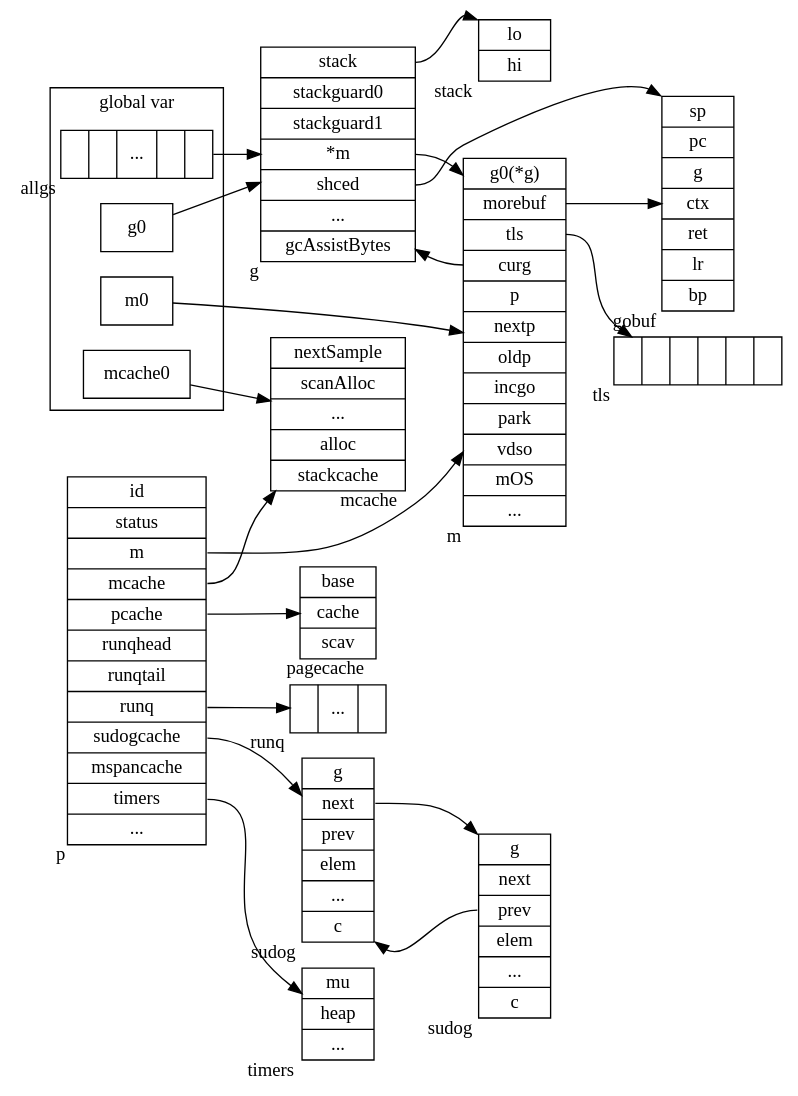
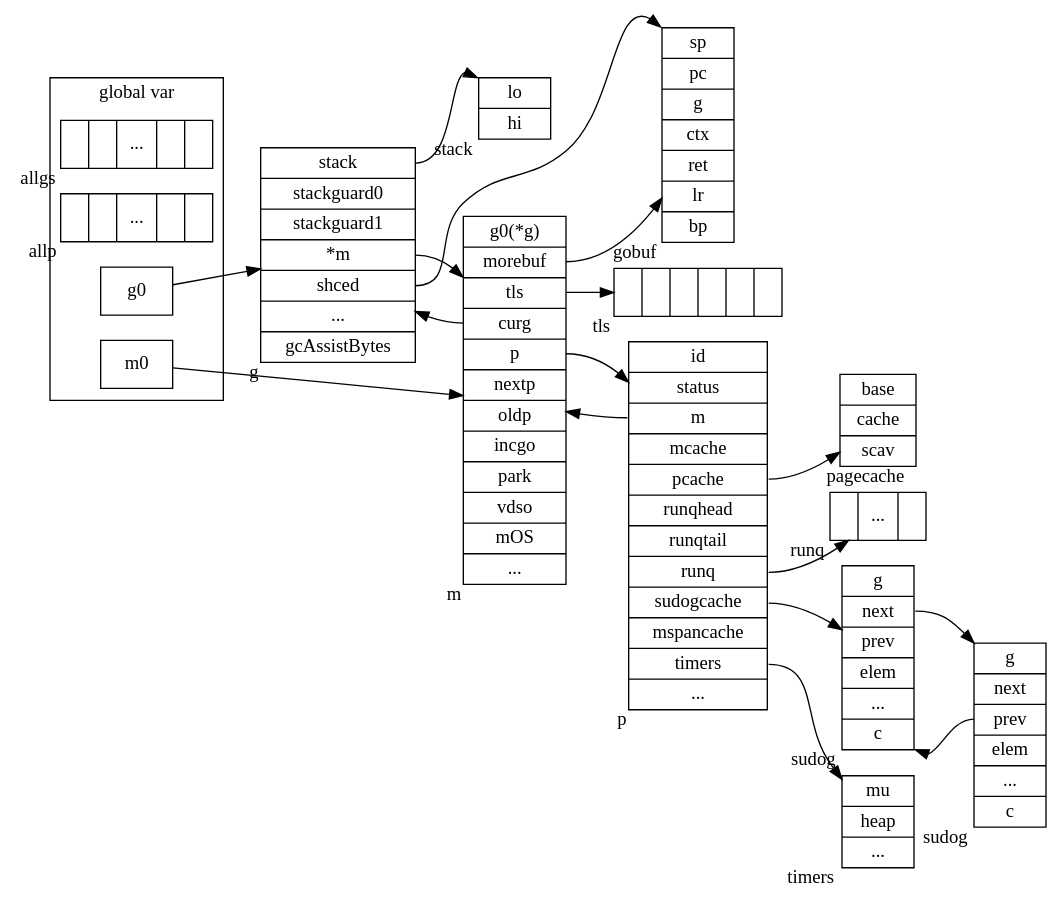
The diagram in golang/gmp.dot (Hanwn/dot), drawn with Graphviz before and after one commit.

Commit message:
wip: gmp

```diff
--- a/golang/gmp.dot
+++ b/golang/gmp.dot
@@ -1,62 +1,66 @@
 digraph g {
     node [shape=record]
     rankdir="LR"
     splines=true
 
-    allgs [label="{<f0>||||}", xlabel="allgs"]
+    # allgs [label="{<f0>||||}", xlabel="allgs"]
 
     g [label="<f0>stack|stackguard0|stackguard1|<m>*m|<f1>shced|...|gcAssistBytes", xlabel="g"]
     stack [label="lo|hi", xlabel="stack"]
     gobuf [label="sp|pc|g|ctx|ret|lr|bp", xlabel="gobuf"]
 
-    allgs -> g:w
+    # allgs -> g:w
     g:f0 -> stack:nw
     g:f1 -> gobuf:nw
 
 
-    m [label="<g>g0(*g)|<f0>morebuf|<f1>tls|<f2>curg|p|nextp|oldp|incgo|park|vdso|mOS|...", xlabel="m"]
+    m [label="<g>g0(*g)|<f0>morebuf|<f1>tls|<f2>curg|<p>p|nextp|oldp|incgo|park|vdso|mOS|...", xlabel="m"]
     tls [label="{|||||}", xlabel="tls"]
     m:f0 -> gobuf
     m:f1 -> tls
+    m:p -> p
 
     p [label="id|status|<m>m|<mcache>mcache|<pcache>pcache|runqhead|runqtail|<runq>runq|<sudog>sudogcache|mspancache|<timers>timers|...", xlabel="p"]
-    mcache [label="nextSample|scanAlloc|...|alloc|stackcache", xlabel="mcache"]
-    // mspan [label="next|prev|list|...", xlabel="mspan"]
+
+
+    # mcache [label="nextSample|scanAlloc|...|alloc|stackcache", xlabel="mcache"]
+    # mspan [label="next|prev|list|...", xlabel="mspan"]
     pcache [label="base|cache|scav", xlabel="pagecache"]
     runq [label="{|...|}", xlabel="runq"]
     sudog [label="g|<next>next|<prev>prev|elem|...|c", xlabel="sudog"]
     sudog1 [label="g|<next>next|<prev>prev|elem|...|c", xlabel="sudog"]
     sudog:next -> sudog1:nw
     sudog1:prev -> sudog:se
 
     timers [label="mu|heap|...", xlabel="timers"]
     p:timers -> timers
 
-    p:mcache -> mcache
+    # p:mcache -> mcache
     p:pcache -> pcache
     p:runq -> runq
     p:sudog -> sudog
 
 
 
     // memory [label="|||||||||||", xlabel="memory"]
 
 
     m:f2 -> g
     g:m -> m
     p:m -> m
 
     subgraph cluster_runtime_var {
         label = "global var"
         allgs [label="{<f0>||...||}", xlabel="allgs"]
+        allp [label="{||...||}", xlabel="allp"]
         m0 [label="m0"]
         g0 [label="g0"]
-        mcache0 [label="mcache0"]
+        # mcache0 [label="mcache0"]
     }
     g0 -> g
     m0 -> m
-    mcache0 -> mcache
+    # mcache0 -> mcache
 
 
 
 }
```
